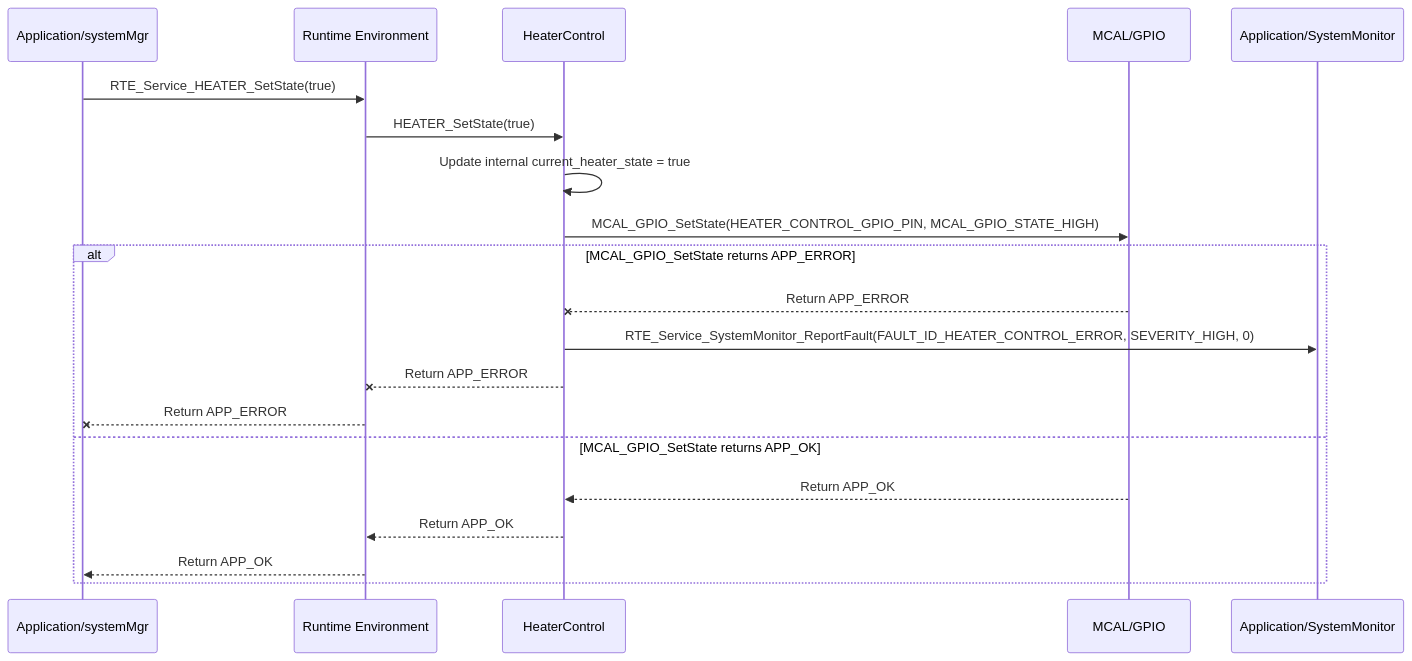
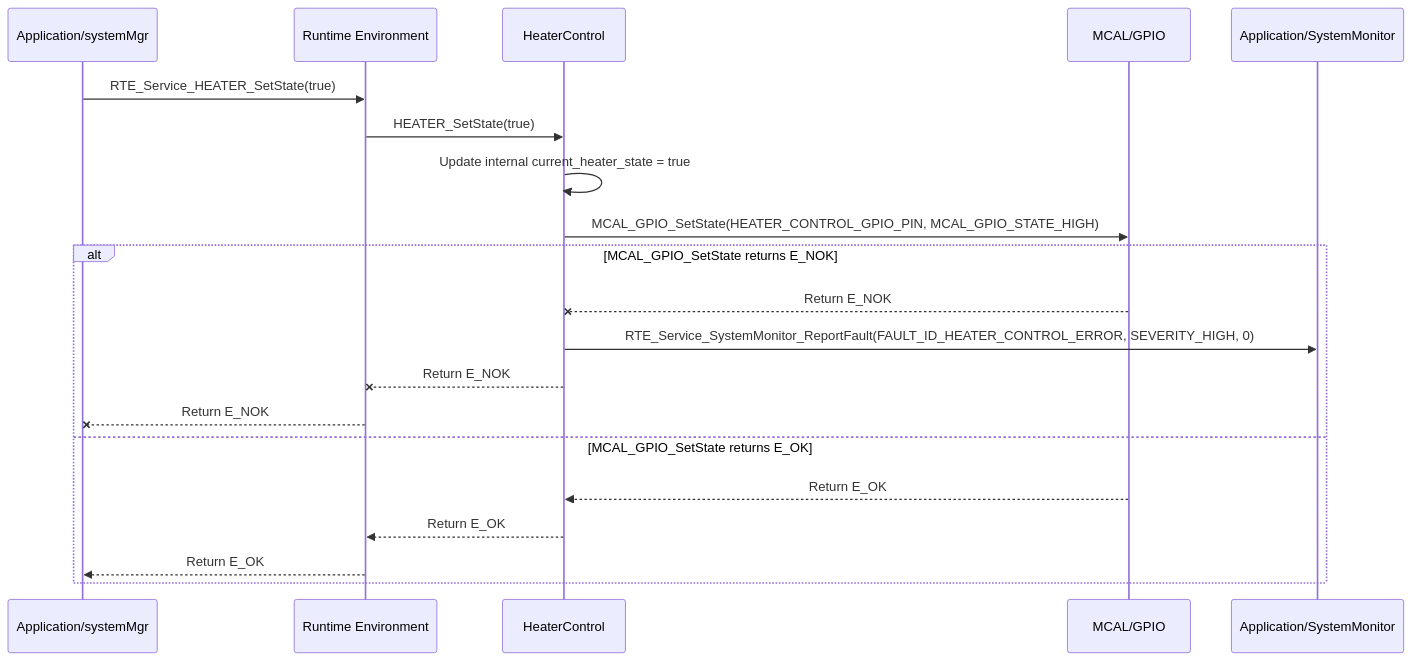
The diagram in Requiremets/Design/Application/HeaterControl.md (ashaker-2/Platform), drawn with Mermaid before and after one commit. The commit also changed other lines of this file and 716 other files, not shown here.

````diff
--- a/Requiremets/Design/Application/HeaterControl.md
+++ b/Requiremets/Design/Application/HeaterControl.md
@@ -113,23 +113,23 @@
 ```mermaid
 sequenceDiagram  
     participant SystemMgr as Application/systemMgr  
     participant RTE as Runtime Environment  
     participant Heater as HeaterControl  
     participant MCAL_GPIO as MCAL/GPIO  
     participant SystemMonitor as Application/SystemMonitor
 
     SystemMgr->>RTE: RTE_Service_HEATER_SetState(true)  
     RTE->>Heater: HEATER_SetState(true)  
     Heater->>Heater: Update internal current_heater_state = true  
     Heater->>MCAL_GPIO: MCAL_GPIO_SetState(HEATER_CONTROL_GPIO_PIN, MCAL_GPIO_STATE_HIGH)  
-    alt MCAL_GPIO_SetState returns APP_ERROR  
-        MCAL_GPIO--xHeater: Return APP_ERROR  
+    alt MCAL_GPIO_SetState returns E_NOK  
+        MCAL_GPIO--xHeater: Return E_NOK  
         Heater->>SystemMonitor: RTE_Service_SystemMonitor_ReportFault(FAULT_ID_HEATER_CONTROL_ERROR, SEVERITY_HIGH, 0)  
-        Heater--xRTE: Return APP_ERROR  
-        RTE--xSystemMgr: Return APP_ERROR  
-    else MCAL_GPIO_SetState returns APP_OK  
-        MCAL_GPIO-->>Heater: Return APP_OK  
-        Heater-->>RTE: Return APP_OK  
-        RTE-->>SystemMgr: Return APP_OK  
+        Heater--xRTE: Return E_NOK  
+        RTE--xSystemMgr: Return E_NOK  
+    else MCAL_GPIO_SetState returns E_OK  
+        MCAL_GPIO-->>Heater: Return E_OK  
+        Heater-->>RTE: Return E_OK  
+        RTE-->>SystemMgr: Return E_OK  
     end
 ```
````
